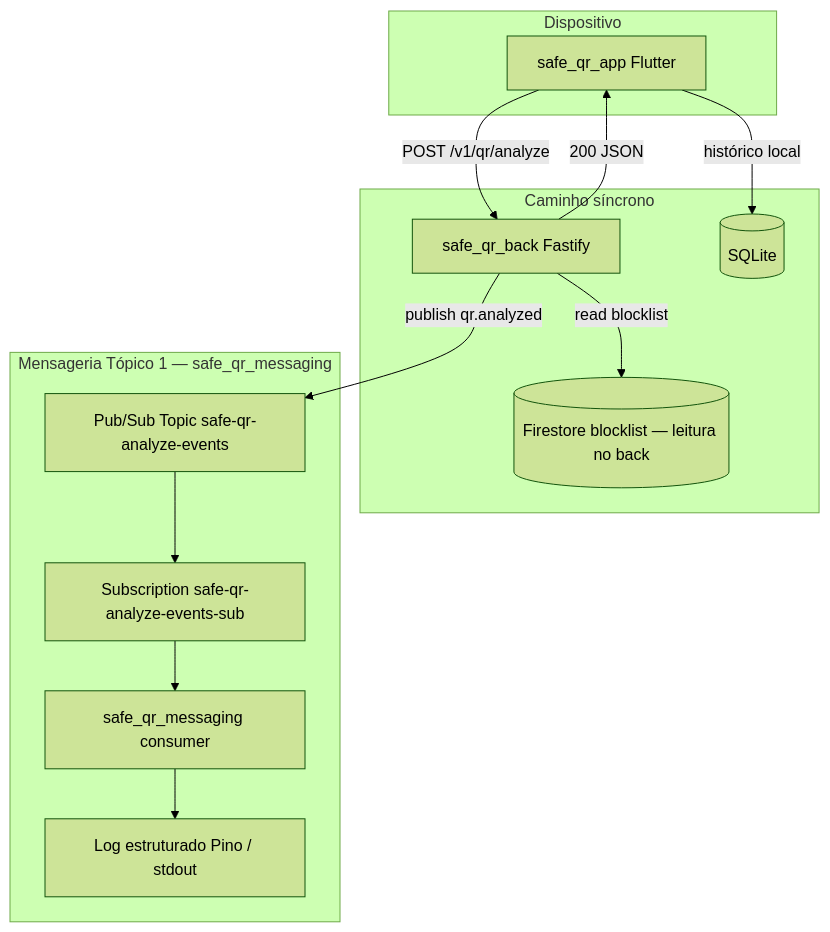
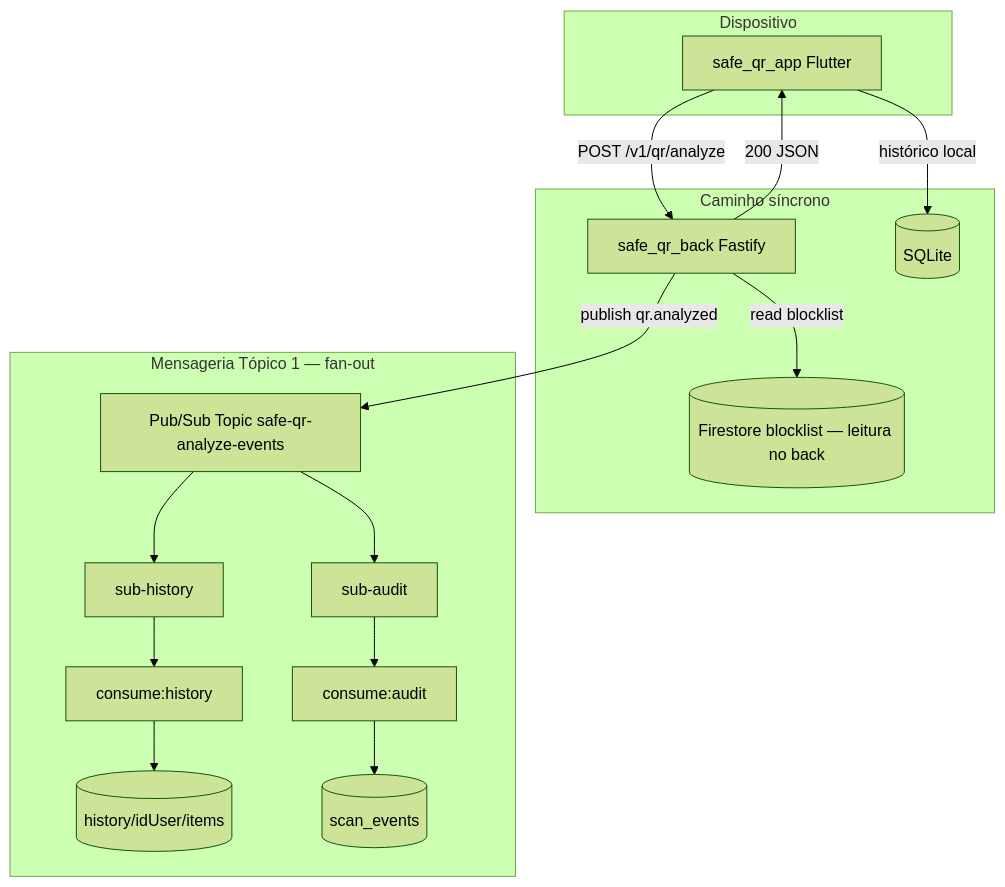
One commit to AndreWar10/SafeQR changed the first of 2 diagrams in safe_qr_messaging/docs/01-PUBSUB-IMPLEMENTACAO.md. Above: the diagram before and after it, drawn with Mermaid (forest theme). The commit also changed other lines of this file and 104 other files, not shown here.

Commit message:
feat: implement Firebase Anonymous Auth for user identity management and enhance documentation for remote history integration

````diff
--- a/safe_qr_messaging/docs/01-PUBSUB-IMPLEMENTACAO.md
+++ b/safe_qr_messaging/docs/01-PUBSUB-IMPLEMENTACAO.md
@@ -75,22 +76,25 @@
 ```mermaid
 flowchart TB
   subgraph device[Dispositivo]
     APP[safe_qr_app Flutter]
   end
 
   subgraph sync[Caminho síncrono]
     API[safe_qr_back Fastify]
     BL[(Firestore blocklist — leitura no back)]
     APP -->|POST /v1/qr/analyze| API
     API -->|read blocklist| BL
     API -->|200 JSON| APP
     APP -->|histórico local| SQLITE[(SQLite)]
   end
 
-  subgraph async[Mensageria Tópico 1 — safe_qr_messaging]
+  subgraph async[Mensageria Tópico 1 — fan-out]
     API -->|publish qr.analyzed| TOPIC[Pub/Sub Topic safe-qr-analyze-events]
-    TOPIC --> SUB[Subscription safe-qr-analyze-events-sub]
-    SUB --> CON[safe_qr_messaging consumer]
-    CON --> LOG[Log estruturado Pino / stdout]
+    TOPIC --> SUB_H[sub-history]
+    TOPIC --> SUB_A[sub-audit]
+    SUB_H --> CON_H[consume:history]
+    SUB_A --> CON_A[consume:audit]
+    CON_H --> FH[(history/idUser/items)]
+    CON_A --> SE[(scan_events)]
   end
 ```
````
